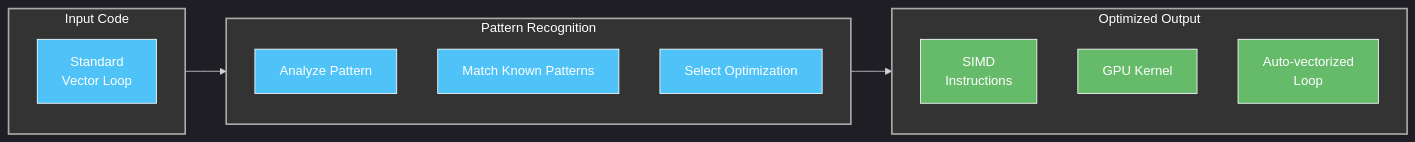
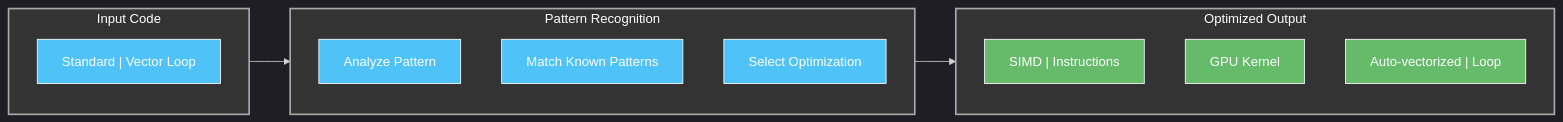
One commit to houstonhaynes/AD4SDocs changed the tenth of 12 diagrams in 06 Fidelity framework Beyond Resilience.md. Above: the diagram before and after it, drawn with Mermaid. The commit also changed other lines of this file and 4 other files, not shown here.

Commit message:
Fix mermaid diagrams

````diff
--- a/06 Fidelity framework Beyond Resilience.md
+++ b/06 Fidelity framework Beyond Resilience.md
@@ -722,34 +722,34 @@
 ```mermaid
 %%{init: {'theme': 'dark', 'themeVariables': { 'primaryColor': '#242424', 'primaryTextColor': '#fff', 'primaryBorderColor': '#888', 'lineColor': '#d3d3d3', 'secondaryColor': '#2b2b2b', 'tertiaryColor': '#333' }}}%%
 flowchart LR
     subgraph Input["Input Code"]
-        StandardLoop["Standard\nVector Loop"]
+        StandardLoop["Standard | Vector Loop"]
     end
     
     subgraph PatternRecognition["Pattern Recognition"]
         Analyze["Analyze Pattern"]
         Match["Match Known Patterns"]
         Select["Select Optimization"]
     end
     
     subgraph Output["Optimized Output"]
-        SIMD["SIMD\nInstructions"]
+        SIMD["SIMD | Instructions"]
         GPU["GPU Kernel"]
-        Vectorized["Auto-vectorized\nLoop"]
+        Vectorized["Auto-vectorized | Loop"]
     end
     
     Input --> PatternRecognition
     
     PatternRecognition --> Output
     
     style Input fill:#333,stroke:#aaa,stroke-width:2px,color:#fff
     style PatternRecognition fill:#333,stroke:#aaa,stroke-width:2px,color:#fff
     style Output fill:#333,stroke:#aaa,stroke-width:2px,color:#fff
     style StandardLoop fill:#4FC3F7,stroke:#fff,stroke-width:1px,color:#fff
     style Analyze fill:#4FC3F7,stroke:#fff,stroke-width:1px,color:#fff
     style Match fill:#4FC3F7,stroke:#fff,stroke-width:1px,color:#fff
     style Select fill:#4FC3F7,stroke:#fff,stroke-width:1px,color:#fff
     style SIMD fill:#66BB6A,stroke:#fff,stroke-width:1px,color:#fff
     style GPU fill:#66BB6A,stroke:#fff,stroke-width:1px,color:#fff
     style Vectorized fill:#66BB6A,stroke:#fff,stroke-width:1px,color:#fff
 ```
````
